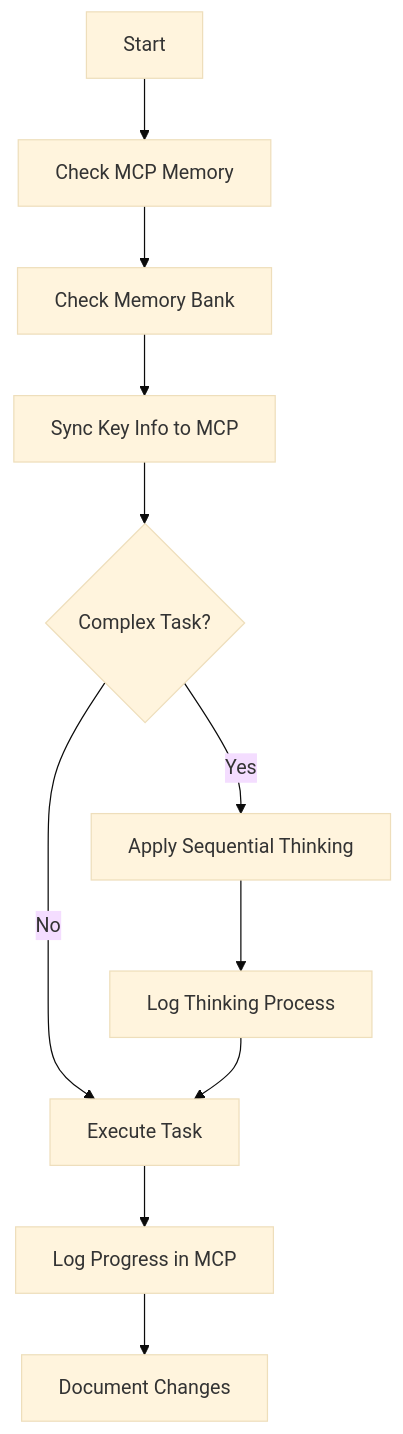
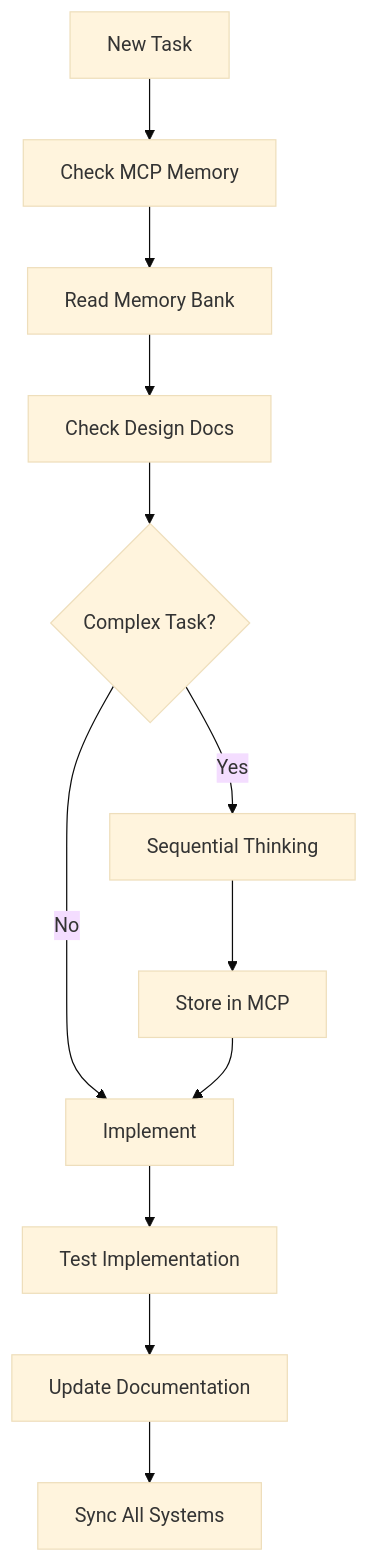
One commit to vinhltt/3_tihomo changed the second of 2 diagrams in .cursor/rules/main.instructions.mdc. Above: the diagram before and after it, drawn with Mermaid (base theme). The commit also changed other lines of this file and 1 other file, not shown here.

````diff
--- a/.cursor/rules/main.instructions.mdc
+++ b/.cursor/rules/main.instructions.mdc
@@ -216,13 +339,14 @@
 ```mermaid
 flowchart TD
-    Start[Start] --> CheckMCP[Check MCP Memory]
-    CheckMCP --> Context[Check Memory Bank]
-    Context --> Sync[Sync Key Info to MCP]
-    Sync --> Complex{Complex Task?}
-    Complex -->|Yes| SeqThink[Apply Sequential Thinking]
-    Complex -->|No| Execute[Execute Task]
-    SeqThink --> LogThinking[Log Thinking Process]
-    LogThinking --> Execute
-    Execute --> LogMCP[Log Progress in MCP]
-    LogMCP --> Document[Document Changes]
+    Start[New Task] --> CheckMCP[Check MCP Memory]
+    CheckMCP --> ReadMemory[Read Memory Bank]
+    ReadMemory --> CheckDesign[Check Design Docs]
+    CheckDesign --> Complex{Complex Task?}
+    Complex -->|Yes| SeqThink[Sequential Thinking]
+    Complex -->|No| Implement[Implement]
+    SeqThink --> StoreMCP[Store in MCP]
+    StoreMCP --> Implement
+    Implement --> Test[Test Implementation]
+    Test --> UpdateDocs[Update Documentation]
+    UpdateDocs --> SyncSystems[Sync All Systems]
 ```
````
